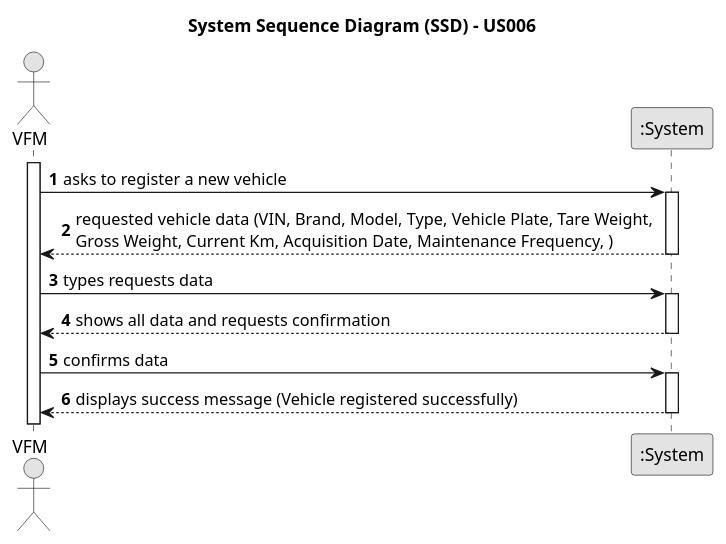
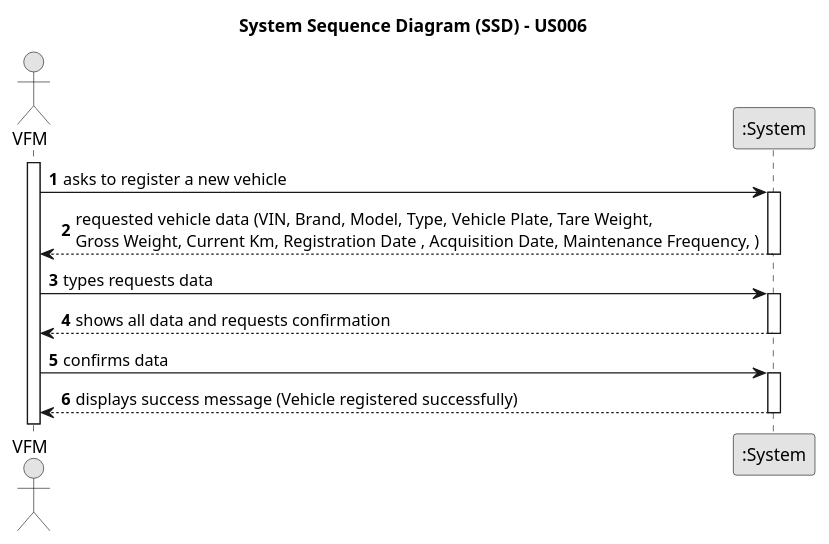
The diagram in docs/sprintB/us006/01.requirements-engineering/puml/us006-system-sequence-diagram-alternative-one.puml (ricardomm7/leaflink), drawn with PlantUML before and after one commit. The commit also changed 11 other files, not shown here.

Commit message:
Add registrationDate attribute forgotten on code and documentation

```diff
--- a/docs/sprintB/us006/01.requirements-engineering/puml/us006-system-sequence-diagram-alternative-one.puml
+++ b/docs/sprintB/us006/01.requirements-engineering/puml/us006-system-sequence-diagram-alternative-one.puml
@@ -1,34 +1,34 @@
 @startuml
 skinparam monochrome true
 skinparam packageStyle rectangle
 skinparam shadowing false
 
 title System Sequence Diagram (SSD) - US006
 
 autonumber
 
 actor "VFM" as VFM
 participant ":System" as System
 
 activate VFM
 
     VFM -> System : asks to register a new vehicle
     activate System
 
-        System --> VFM : requested vehicle data (VIN, Brand, Model, Type, Vehicle Plate, Tare Weight, \nGross Weight, Current Km, Acquisition Date, Maintenance Frequency, )
+        System --> VFM : requested vehicle data (VIN, Brand, Model, Type, Vehicle Plate, Tare Weight, \nGross Weight, Current Km, Registration Date , Acquisition Date, Maintenance Frequency, )
     deactivate System
 
     VFM -> System : types requests data
 
     activate System
 
         System --> VFM : shows all data and requests confirmation
     deactivate System
 
     VFM -> System : confirms data
     activate System
 
         System --> VFM :  displays success message (Vehicle registered successfully)
     deactivate System
 
 @enduml
```
